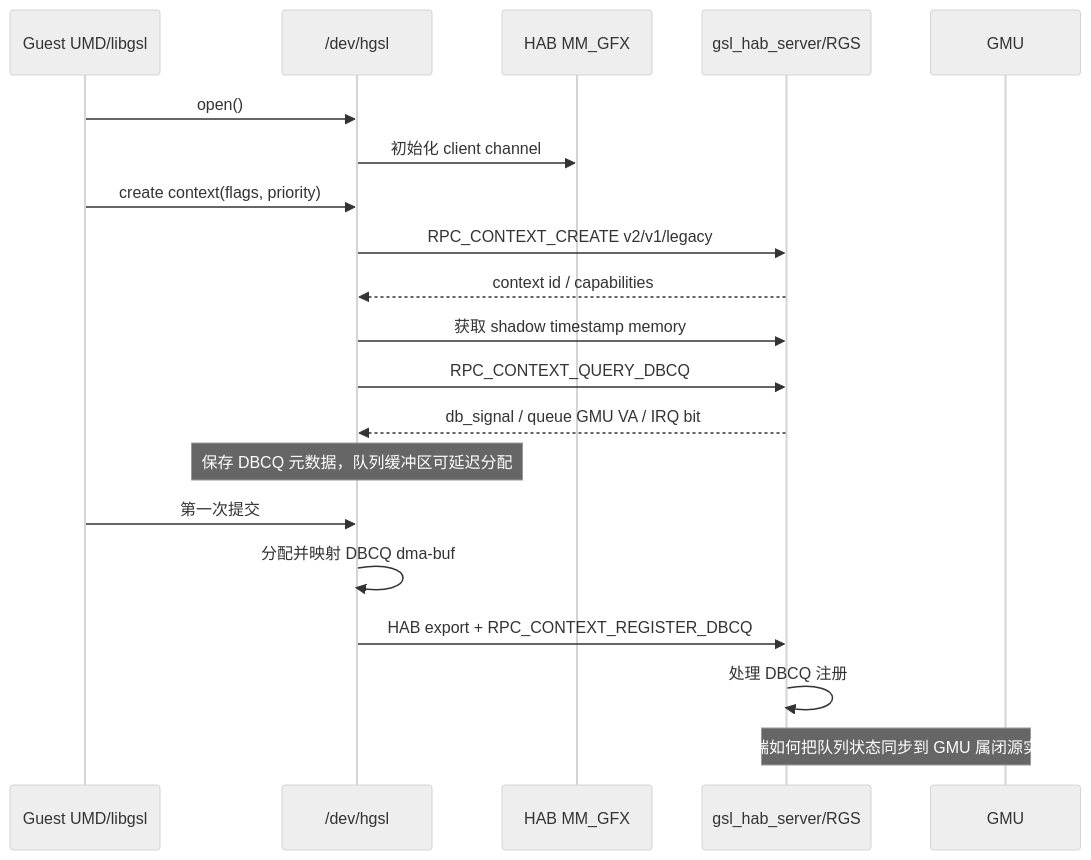
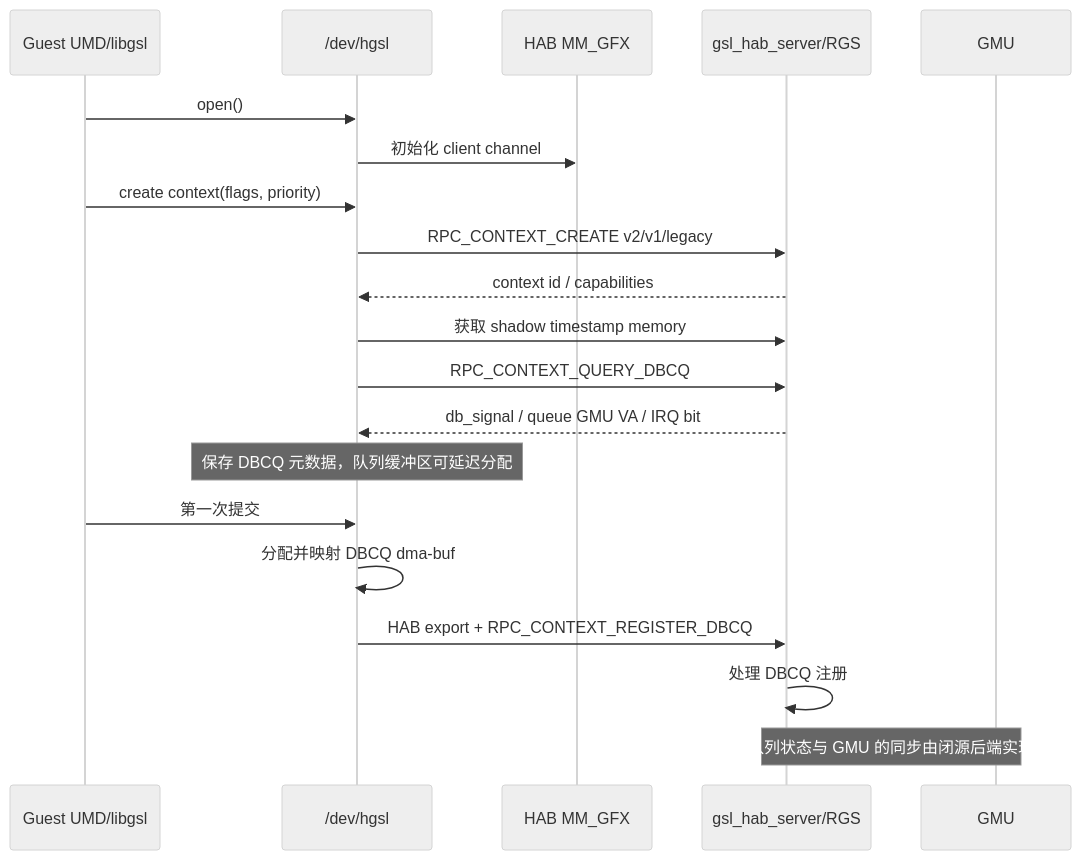
The first of 4 diagrams in content/gunyah/sa8797-sa8397-gpu-architecture.md (Ethen-Cao/ethenslab), drawn with Mermaid (neutral theme) before and after one commit. The commit also changed other lines of this file, not shown here.

````diff
--- a/content/gunyah/sa8797-sa8397-gpu-architecture.md
+++ b/content/gunyah/sa8797-sa8397-gpu-architecture.md
@@ -235,23 +226,23 @@
 ```mermaid
 sequenceDiagram
     participant UMD as Guest UMD/libgsl
     participant HGSL as /dev/hgsl
     participant HAB as HAB MM_GFX
     participant BE as gsl_hab_server/RGS
     participant GMU as GMU
 
     UMD->>HGSL: open()
     HGSL->>HAB: 初始化 client channel
     UMD->>HGSL: create context(flags, priority)
     HGSL->>BE: RPC_CONTEXT_CREATE v2/v1/legacy
     BE-->>HGSL: context id / capabilities
     HGSL->>BE: 获取 shadow timestamp memory
     HGSL->>BE: RPC_CONTEXT_QUERY_DBCQ
     BE-->>HGSL: db_signal / queue GMU VA / IRQ bit
     Note over HGSL: 保存 DBCQ 元数据，队列缓冲区可延迟分配
     UMD->>HGSL: 第一次提交
     HGSL->>HGSL: 分配并映射 DBCQ dma-buf
     HGSL->>BE: HAB export + RPC_CONTEXT_REGISTER_DBCQ
     BE->>BE: 处理 DBCQ 注册
-    Note over BE,GMU: 后端如何把队列状态同步到 GMU 属闭源实现
+    Note over BE,GMU: 队列状态与 GMU 的同步由闭源后端实现
 ```
````
